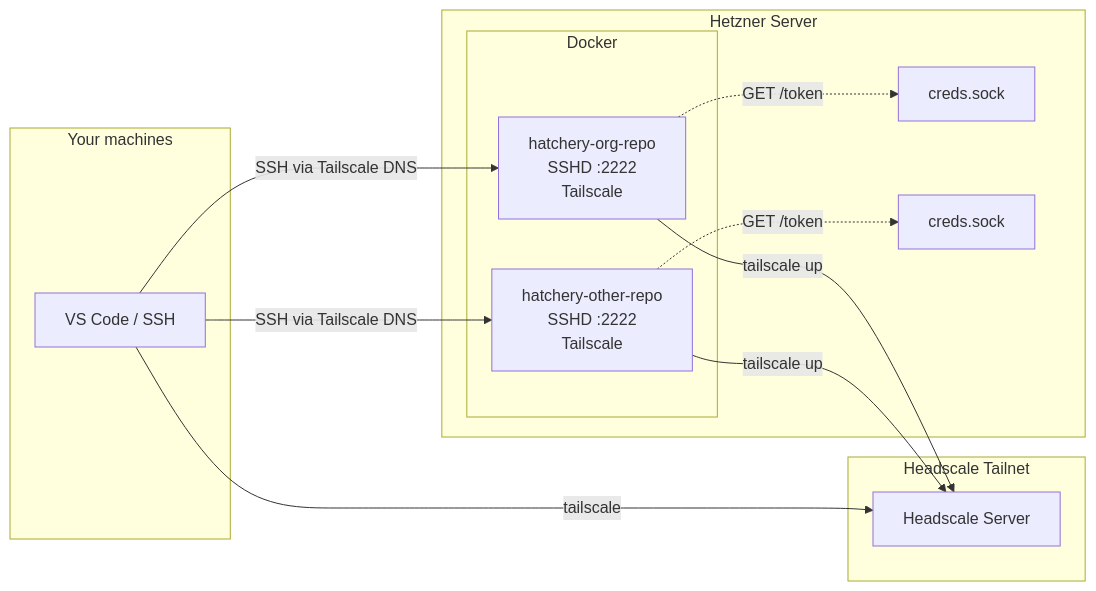
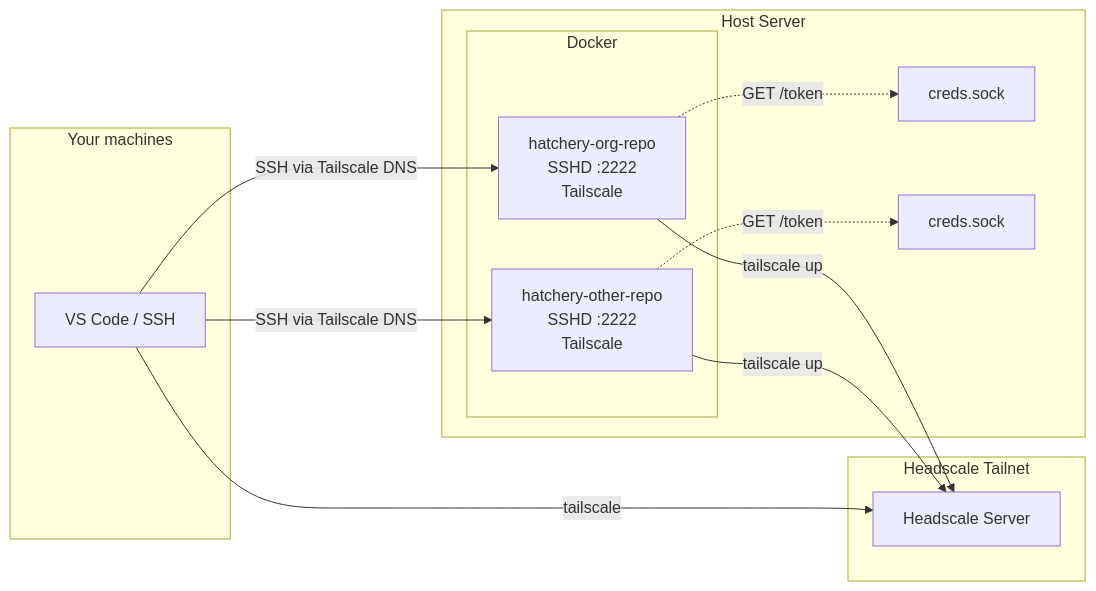
The second of 3 diagrams in README.md (levino/hatchery), drawn with Mermaid before and after one commit. The commit also changed 2 other files, not shown here.

Commit message:
Remove Hetzner references from code and docs

````diff
--- a/README.md
+++ b/README.md
@@ -46,27 +46,27 @@
 ```mermaid
 graph LR
     subgraph "Your machines"
         VS[VS Code / SSH]
     end
 
     subgraph "Headscale Tailnet"
         HS[Headscale Server]
     end
 
-    subgraph "Hetzner Server"
+    subgraph "Host Server"
         subgraph "Docker"
             D1[hatchery-org-repo<br/>SSHD :2222<br/>Tailscale]
             D2[hatchery-other-repo<br/>SSHD :2222<br/>Tailscale]
         end
         S1[creds.sock]
         S2[creds.sock]
     end
 
     VS -- "SSH via Tailscale DNS" --> D1
     VS -- "SSH via Tailscale DNS" --> D2
     D1 -- "tailscale up" --> HS
     D2 -- "tailscale up" --> HS
     VS -- "tailscale" --> HS
     D1 -. "GET /token" .-> S1
     D2 -. "GET /token" .-> S2
 ```
````
